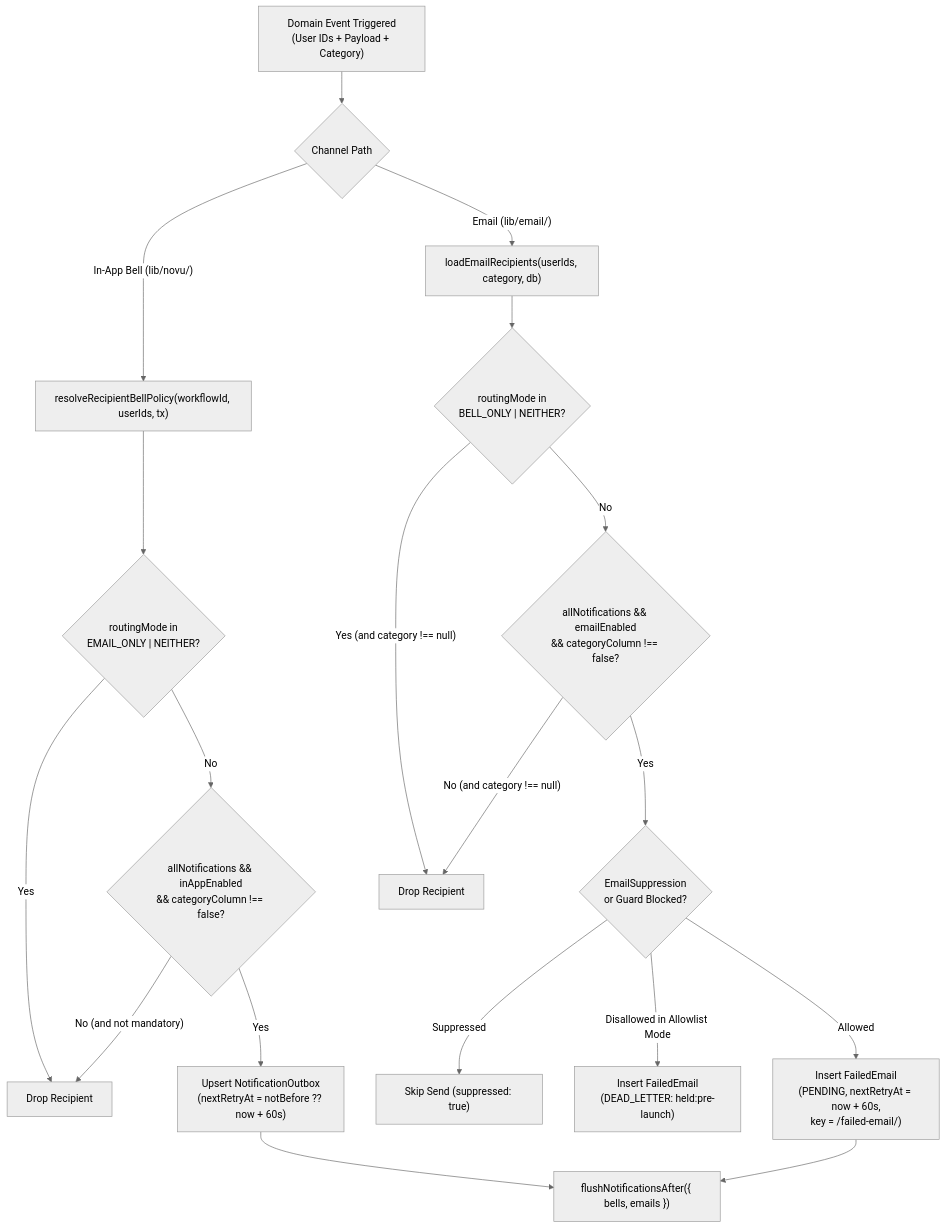
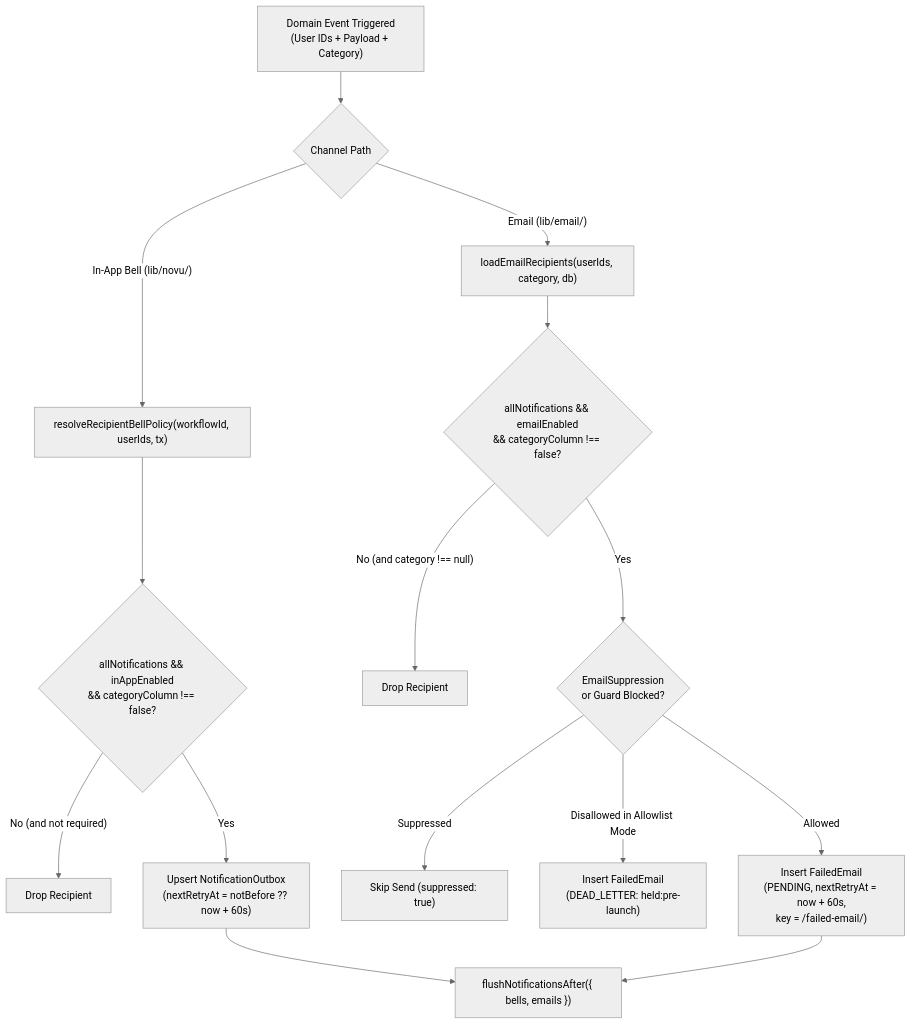
One commit to Practitionist/familiarise_web changed the fifth of 6 diagrams in docs/notifications/01-architecture.md. Above: the diagram before and after it, drawn with Mermaid (neutral theme). The commit also changed other lines of this file and 18 other files, not shown here.

First line of the commit message:
docs(notifications): record decision 12, workspace routing removed

````diff
--- a/docs/notifications/01-architecture.md
+++ b/docs/notifications/01-architecture.md
@@ -287,24 +283,20 @@
 ```mermaid
 flowchart TD
     Start["Domain Event Triggered<br/>(User IDs + Payload + Category)"] --> Split{"Channel Path"}
 
     Split -->|"In-App Bell (lib/novu/)"| BellPolicy["resolveRecipientBellPolicy(workflowId, userIds, tx)"]
-    BellPolicy --> CheckModeBell{"routingMode in<br/>EMAIL_ONLY | NEITHER?"}
-    CheckModeBell -->|"Yes"| DropBell["Drop Recipient"]
-    CheckModeBell -->|"No"| CheckMasterBell{"allNotifications && inAppEnabled<br/>&& categoryColumn !== false?"}
-    CheckMasterBell -->|"No (and not mandatory)"| DropBell
+    BellPolicy --> CheckMasterBell{"allNotifications && inAppEnabled<br/>&& categoryColumn !== false?"}
+    CheckMasterBell -->|"No (and not required)"| DropBell["Drop Recipient"]
     CheckMasterBell -->|"Yes"| StageImmediate["Upsert NotificationOutbox<br/>(nextRetryAt = notBefore ?? now + 60s)"]
 
     Split -->|"Email (lib/email/)"| EmailPolicy["loadEmailRecipients(userIds, category, db)"]
-    EmailPolicy --> CheckModeEmail{"routingMode in<br/>BELL_ONLY | NEITHER?"}
-    CheckModeEmail -->|"Yes (and category !== null)"| DropEmail["Drop Recipient"]
-    CheckModeEmail -->|"No"| CheckPrefEmail{"allNotifications && emailEnabled<br/>&& categoryColumn !== false?"}
-    CheckPrefEmail -->|"No (and category !== null)"| DropEmail
+    EmailPolicy --> CheckPrefEmail{"allNotifications && emailEnabled<br/>&& categoryColumn !== false?"}
+    CheckPrefEmail -->|"No (and category !== null)"| DropEmail["Drop Recipient"]
     CheckPrefEmail -->|"Yes"| CheckSupp{"EmailSuppression<br/>or Guard Blocked?"}
     CheckSupp -->|"Suppressed"| SkipSend["Skip Send (suppressed: true)"]
     CheckSupp -->|"Disallowed in Allowlist Mode"| HoldRow["Insert FailedEmail<br/>(DEAD_LETTER: held:pre-launch)"]
     CheckSupp -->|"Allowed"| StageEmail["Insert FailedEmail<br/>(PENDING, nextRetryAt = now + 60s,<br/>key = <TYPE>/failed-email/<row.id>)"]
 
     StageImmediate --> Flush["flushNotificationsAfter({ bells, emails })"]
     StageEmail --> Flush
 ```
````
